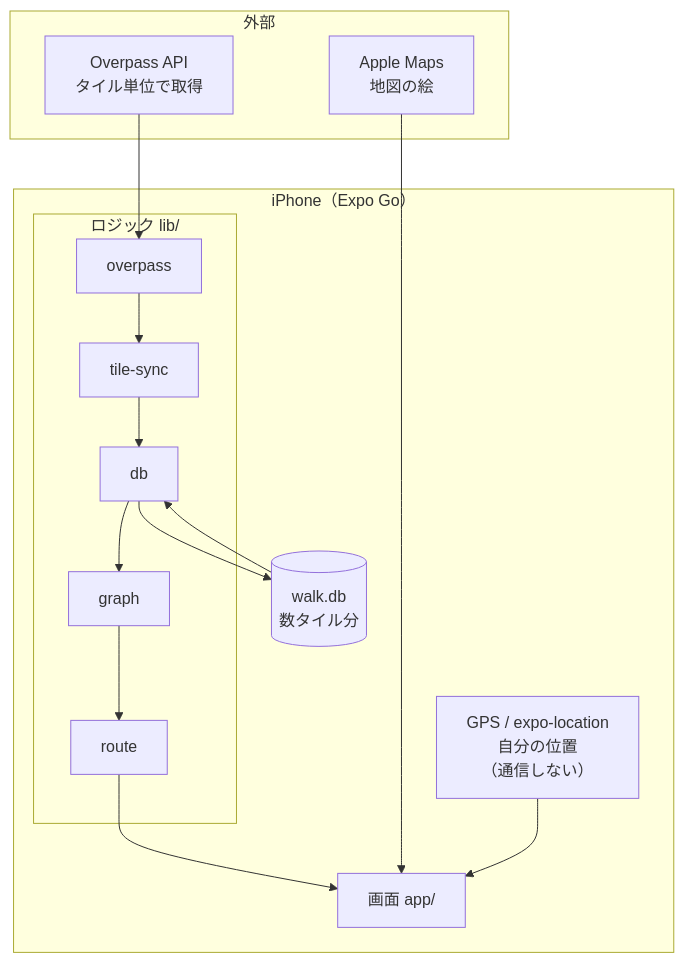
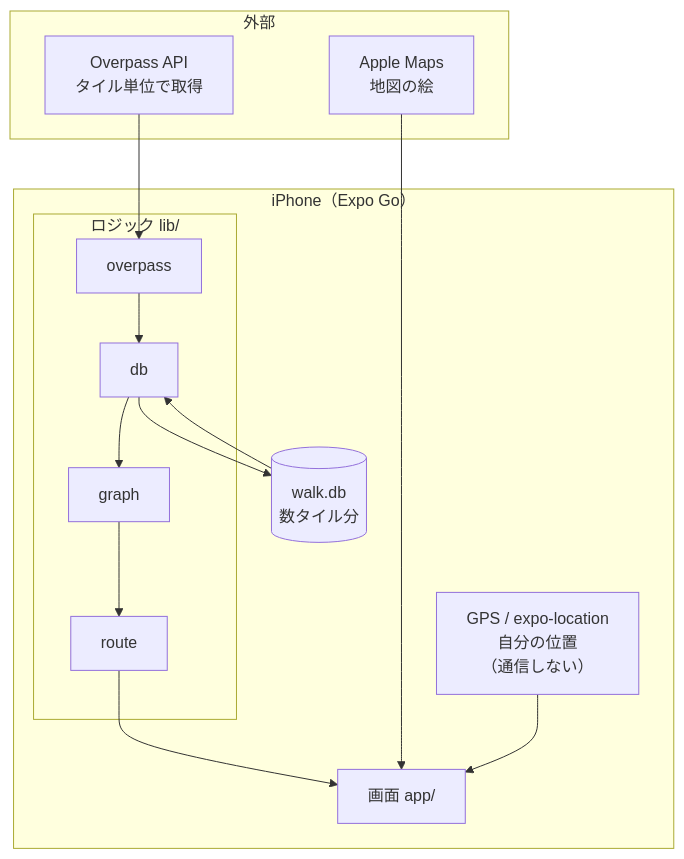
The second of 3 diagrams in docs/design.md (youngsend/walk-app), drawn with Mermaid before and after one commit. The commit also changed other lines of this file and 6 other files, not shown here.

First line of the commit message:
Step 1-6 と tile-sync を削除する

````diff
--- a/docs/design.md
+++ b/docs/design.md
@@ -66,25 +66,24 @@
 ```mermaid
 flowchart TB
     subgraph outside["外部"]
         OV["Overpass API<br/>タイル単位で取得"]
         AM["Apple Maps<br/>地図の絵"]
     end
 
     subgraph app["iPhone（Expo Go）"]
         GPS["GPS / expo-location<br/>自分の位置<br/>（通信しない）"]
         SCR["画面 app/"]
         subgraph logic["ロジック lib/"]
             OP["overpass"]
-            SY["tile-sync"]
             DB["db"]
             GR["graph"]
             RT["route"]
         end
         SQL[("walk.db<br/>数タイル分")]
     end
 
-    OV --> OP --> SY --> DB --> SQL
+    OV --> OP --> DB --> SQL
     SQL --> DB --> GR --> RT --> SCR
     AM --> SCR
     GPS --> SCR
 ```
````
